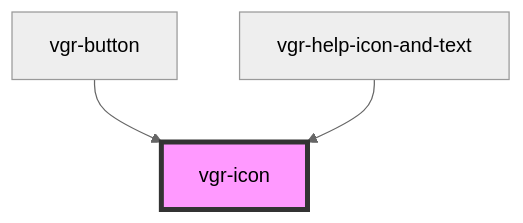
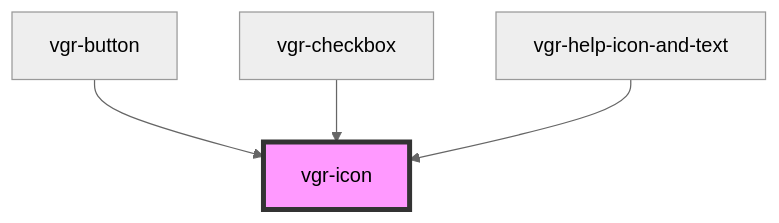
The diagram in packages/core/src/components/vgr-icon/readme.md (Vastra-Gotalandsregionen/vgr-components), drawn with Mermaid (neutral theme) before and after one commit. The commit also changed other lines of this file and 10 other files, not shown here.

````diff
--- a/packages/core/src/components/vgr-icon/readme.md
+++ b/packages/core/src/components/vgr-icon/readme.md
@@ -23,6 +25,7 @@
 ```mermaid
 graph TD;
   vgr-button --> vgr-icon
+  vgr-checkbox --> vgr-icon
   vgr-help-icon-and-text --> vgr-icon
   style vgr-icon fill:#f9f,stroke:#333,stroke-width:4px
 ```
````
